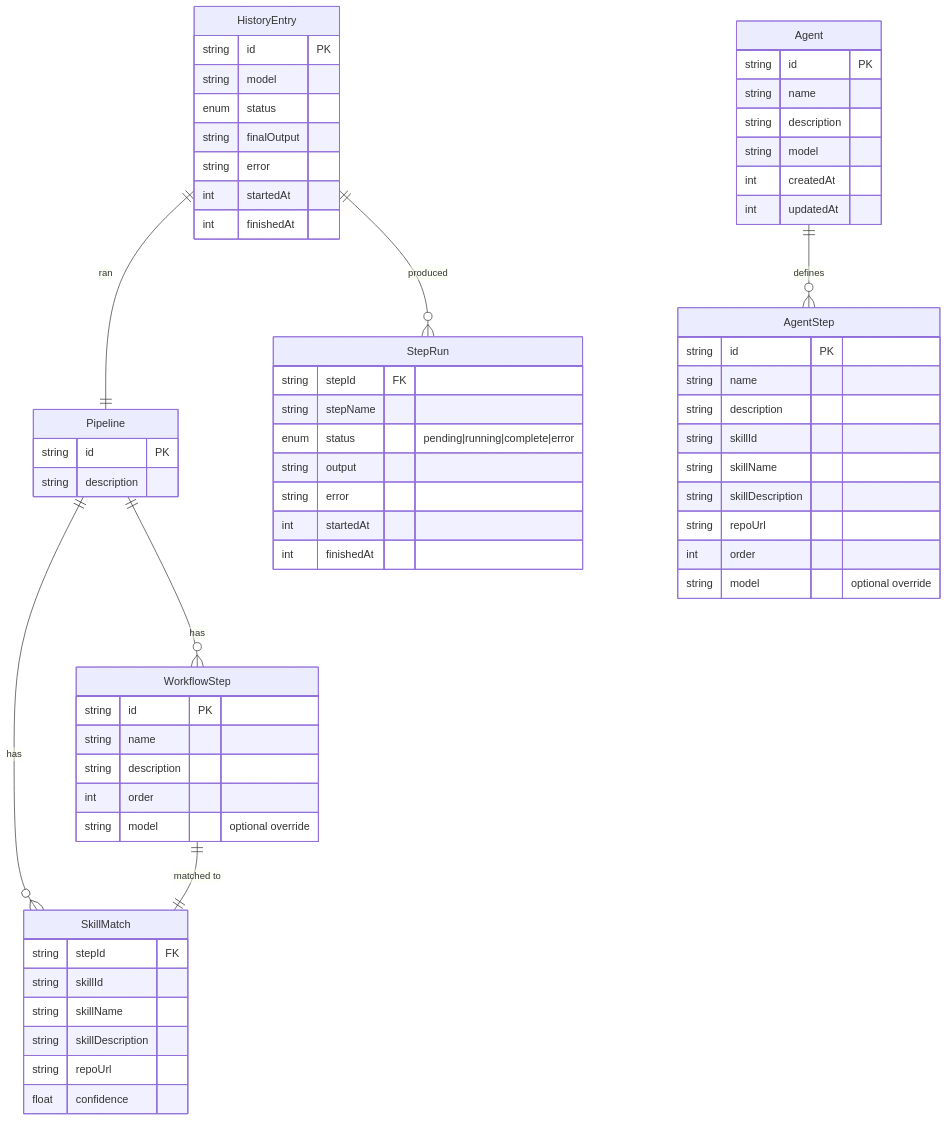
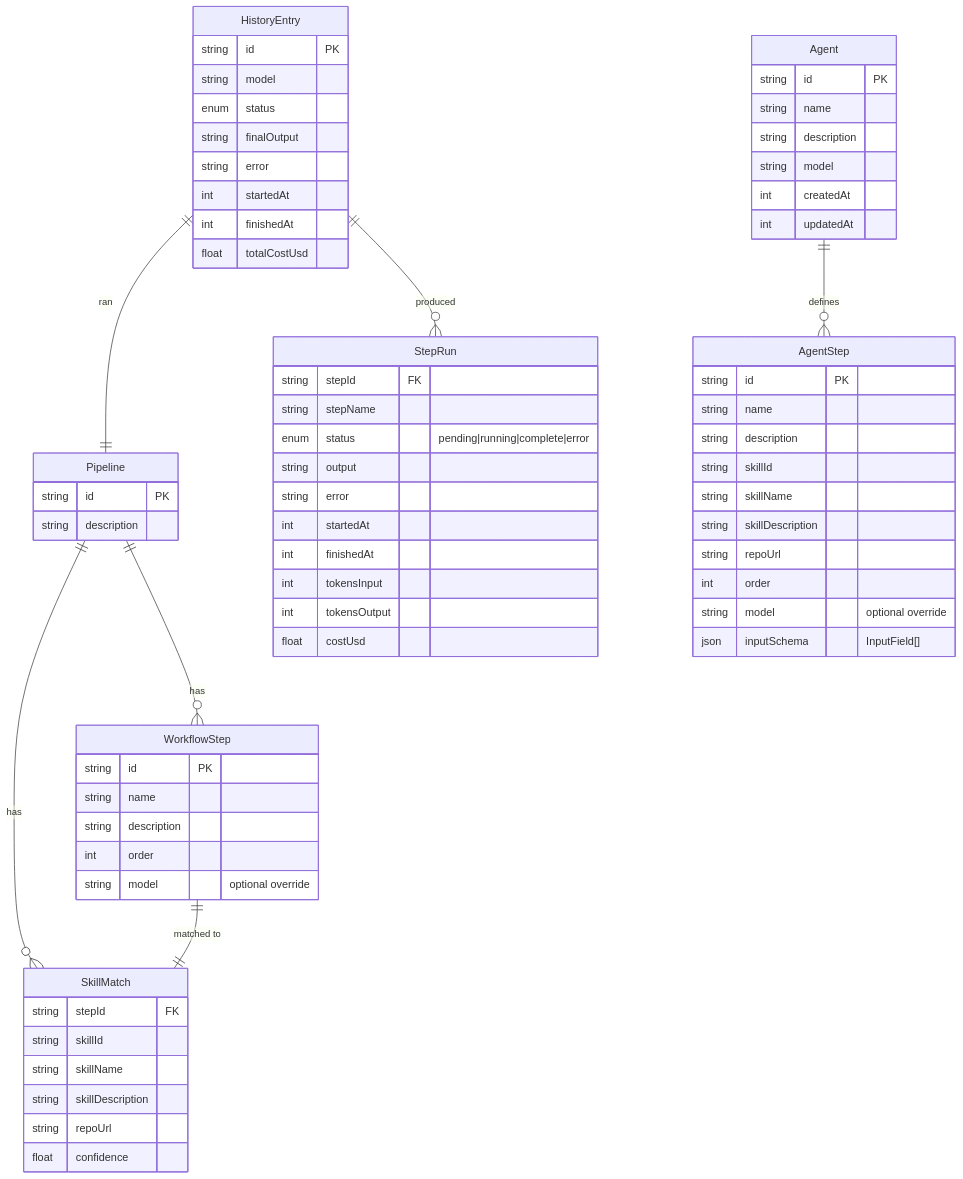
One commit to manticorevault/agentique changed the sixth of 6 diagrams in README.md. Above: the diagram before and after it, drawn with Mermaid. The commit also changed other lines of this file, not shown here.

````diff
--- a/README.md
+++ b/README.md
@@ -215,66 +242,71 @@
 ```mermaid
 erDiagram
     Pipeline {
         string id PK
         string description
     }
     WorkflowStep {
         string id PK
         string name
         string description
         int    order
         string model "optional override"
     }
     SkillMatch {
         string stepId FK
         string skillId
         string skillName
         string skillDescription
         string repoUrl
         float  confidence
     }
     StepRun {
         string stepId FK
         string stepName
         enum   status "pending|running|complete|error"
         string output
         string error
         int    startedAt
         int    finishedAt
+        int    tokensInput
+        int    tokensOutput
+        float  costUsd
     }
     Agent {
         string id PK
         string name
         string description
         string model
         int    createdAt
         int    updatedAt
     }
     AgentStep {
         string id PK
         string name
         string description
         string skillId
         string skillName
         string skillDescription
         string repoUrl
         int    order
         string model "optional override"
+        json   inputSchema "InputField[]"
     }
     HistoryEntry {
         string id PK
         string model
         enum   status
         string finalOutput
         string error
         int    startedAt
         int    finishedAt
+        float  totalCostUsd
     }
 
     Pipeline ||--o{ WorkflowStep : "has"
     Pipeline ||--o{ SkillMatch : "has"
     WorkflowStep ||--|| SkillMatch : "matched to"
     HistoryEntry ||--|| Pipeline : "ran"
     HistoryEntry ||--o{ StepRun : "produced"
     Agent ||--o{ AgentStep : "defines"
 ```
````
